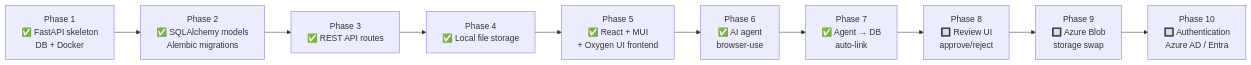
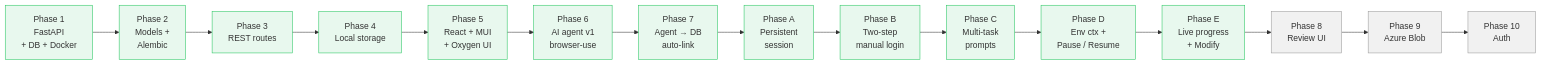
Diagram 14 of 14 in README.md (chala2001/compliance-evidence-portal), drawn with Mermaid before and after one commit. The commit also changed other lines of this file and 6 other files, not shown here.

````diff
--- a/README.md
+++ b/README.md
@@ -705,15 +993,27 @@
 ```mermaid
 graph LR
-    P1[Phase 1<br/>✅ FastAPI skeleton<br/>DB + Docker]
-    P2[Phase 2<br/>✅ SQLAlchemy models<br/>Alembic migrations]
-    P3[Phase 3<br/>✅ REST API routes]
-    P4[Phase 4<br/>✅ Local file storage]
-    P5[Phase 5<br/>✅ React + MUI<br/>+ Oxygen UI frontend]
-    P6[Phase 6<br/>✅ AI agent<br/>browser-use]
-    P7[Phase 7<br/>✅ Agent → DB<br/>auto-link]
-    P8[Phase 8<br/>🔲 Review UI<br/>approve/reject]
-    P9[Phase 9<br/>🔲 Azure Blob<br/>storage swap]
-    P10[Phase 10<br/>🔲 Authentication<br/>Azure AD / Entra]
+    P1[Phase 1<br/>FastAPI<br/>+ DB + Docker]
+    P2[Phase 2<br/>Models +<br/>Alembic]
+    P3[Phase 3<br/>REST routes]
+    P4[Phase 4<br/>Local storage]
+    P5[Phase 5<br/>React + MUI<br/>+ Oxygen UI]
+    P6[Phase 6<br/>AI agent v1<br/>browser-use]
+    P7[Phase 7<br/>Agent → DB<br/>auto-link]
+    PA[Phase A<br/>Persistent<br/>session]
+    PB[Phase B<br/>Two-step<br/>manual login]
+    PC[Phase C<br/>Multi-task<br/>prompts]
+    PD[Phase D<br/>Env ctx +<br/>Pause / Resume]
+    PE[Phase E<br/>Live progress<br/>+ Modify]
+    P8[Phase 8<br/>Review UI]
+    P9[Phase 9<br/>Azure Blob]
+    P10[Phase 10<br/>Auth]
 
-    P1 --> P2 --> P3 --> P4 --> P5 --> P6 --> P7 --> P8 --> P9 --> P10
+    P1 --> P2 --> P3 --> P4 --> P5 --> P6 --> P7
+    P7 --> PA --> PB --> PC --> PD --> PE
+    PE --> P8 --> P9 --> P10
+
+    classDef done fill:#E8F8EE,stroke:#22C55E
+    classDef todo fill:#F1F1F1,stroke:#999
+    class P1,P2,P3,P4,P5,P6,P7,PA,PB,PC,PD,PE done
+    class P8,P9,P10 todo
 ```
````
